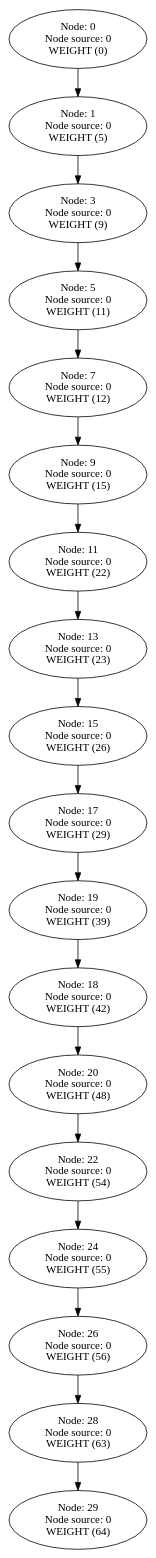
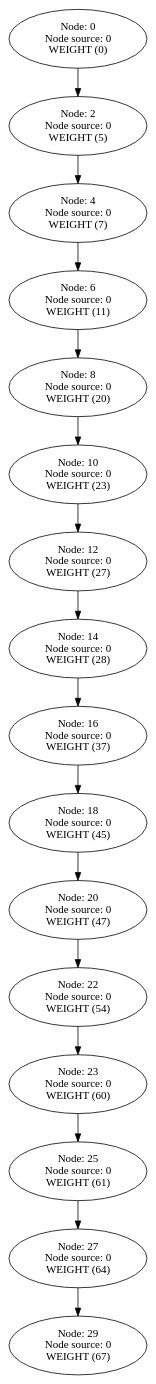
One commit to HugoBec/graph changed the diagram in gv/Mesh_30_Dijkstra.gv. Above: the diagram before and after it, drawn with Graphviz. The commit also changed 23 other files, not shown here.

```diff
--- a/gv/Mesh_30_Dijkstra.gv
+++ b/gv/Mesh_30_Dijkstra.gv
@@ -1,73 +1,65 @@
 digraph {
 	29 [label="Node: 29
 Node source: 0
+WEIGHT (67)"]
+	27 [label="Node: 27
+Node source: 0
 WEIGHT (64)"]
-	28 [label="Node: 28
+	25 [label="Node: 25
 Node source: 0
-WEIGHT (63)"]
-	26 [label="Node: 26
+WEIGHT (61)"]
+	23 [label="Node: 23
 Node source: 0
-WEIGHT (56)"]
-	24 [label="Node: 24
-Node source: 0
-WEIGHT (55)"]
+WEIGHT (60)"]
 	22 [label="Node: 22
 Node source: 0
 WEIGHT (54)"]
 	20 [label="Node: 20
 Node source: 0
-WEIGHT (48)"]
+WEIGHT (47)"]
 	18 [label="Node: 18
 Node source: 0
-WEIGHT (42)"]
-	19 [label="Node: 19
+WEIGHT (45)"]
+	16 [label="Node: 16
 Node source: 0
-WEIGHT (39)"]
-	17 [label="Node: 17
+WEIGHT (37)"]
+	14 [label="Node: 14
 Node source: 0
-WEIGHT (29)"]
-	15 [label="Node: 15
+WEIGHT (28)"]
+	12 [label="Node: 12
 Node source: 0
-WEIGHT (26)"]
-	13 [label="Node: 13
+WEIGHT (27)"]
+	10 [label="Node: 10
 Node source: 0
 WEIGHT (23)"]
-	11 [label="Node: 11
+	8 [label="Node: 8
 Node source: 0
-WEIGHT (22)"]
-	9 [label="Node: 9
-Node source: 0
-WEIGHT (15)"]
-	7 [label="Node: 7
-Node source: 0
-WEIGHT (12)"]
-	5 [label="Node: 5
+WEIGHT (20)"]
+	6 [label="Node: 6
 Node source: 0
 WEIGHT (11)"]
-	3 [label="Node: 3
+	4 [label="Node: 4
 Node source: 0
-WEIGHT (9)"]
-	1 [label="Node: 1
+WEIGHT (7)"]
+	2 [label="Node: 2
 Node source: 0
 WEIGHT (5)"]
 	0 [label="Node: 0
 Node source: 0
 WEIGHT (0)"]
-	28 -> 29
-	26 -> 28
-	24 -> 26
-	22 -> 24
+	27 -> 29
+	25 -> 27
+	23 -> 25
+	22 -> 23
 	20 -> 22
 	18 -> 20
-	19 -> 18
-	17 -> 19
-	15 -> 17
-	13 -> 15
-	11 -> 13
-	9 -> 11
-	7 -> 9
-	5 -> 7
-	3 -> 5
-	1 -> 3
-	0 -> 1
+	16 -> 18
+	14 -> 16
+	12 -> 14
+	10 -> 12
+	8 -> 10
+	6 -> 8
+	4 -> 6
+	2 -> 4
+	0 -> 2
 }
```
